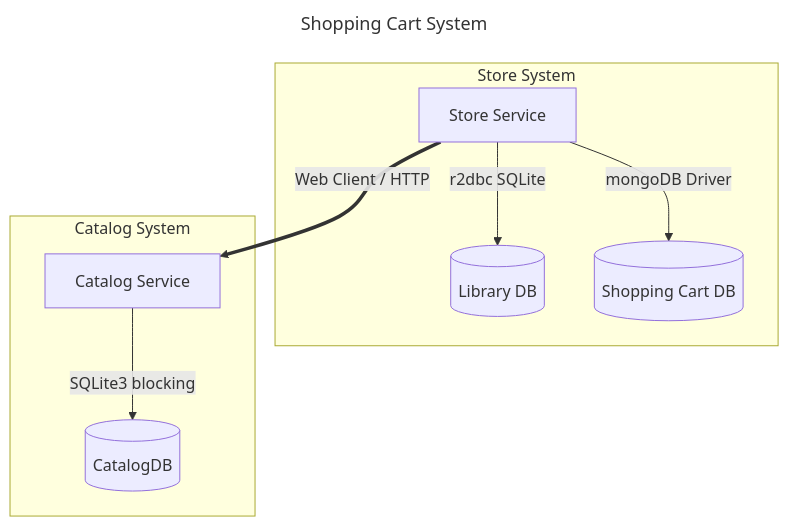
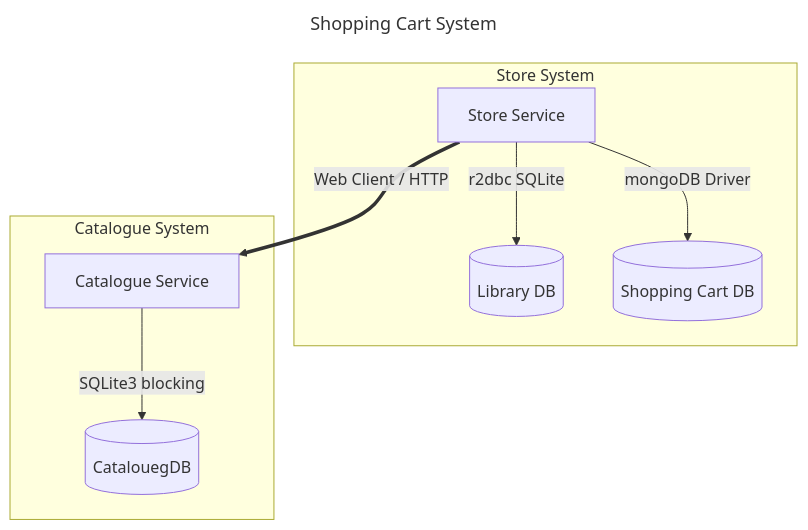
The diagram in README.md (MeloStudy/reactive-steam-purchase-system), drawn with Mermaid before and after one commit. The commit also changed other lines of this file and 13 other files, not shown here.

Commit message:
feat: implement catalogue-service

````diff
--- a/README.md
+++ b/README.md
@@ -16,23 +21,23 @@
 ```mermaid
 ---
 title:  Shopping Cart System
 ---
 graph TD
     subgraph storeSystem [Store System]
         storeService[Store Service]
         libraryDb[(Library DB)]
         shoppingCartDb[(Shopping Cart DB)]
         
         storeService -->|r2dbc SQLite| libraryDb
         storeService -->|mongoDB Driver| shoppingCartDb
     end
     
-    storeService ==Web Client / HTTP==> catalogService
+    storeService ==Web Client / HTTP==> catalogueService
     
-    subgraph catalogSystem [Catalog System]
-        catalogService[Catalog Service]
-        catalogDb[(CatalogDB)]
+    subgraph catalogueSystem [Catalogue System]
+        catalogueService[Catalogue Service]
+        catalogueDb[(CatalouegDB)]
         
-        catalogService -->|SQLite3 blocking| catalogDb
+        catalogueService -->|SQLite3 blocking| catalogueDb
     end
 ```
````
